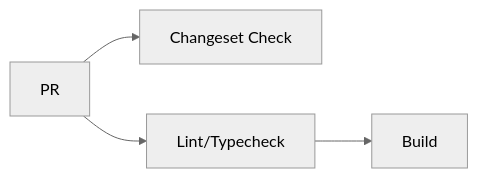
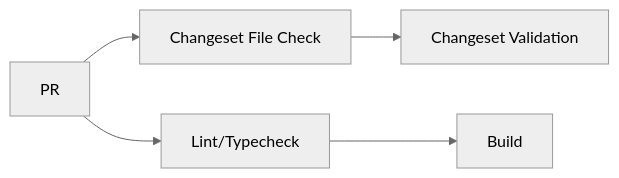
The first of 2 diagrams in packages/docs-design-system/docs-contributing/documentation-site-development/publishing.mdx (graezykev/designgreat), drawn with Mermaid (neutral theme) before and after one commit. The commit also changed other lines of this file and 8 other files, not shown here.

````diff
--- a/packages/docs-design-system/docs-contributing/documentation-site-development/publishing.mdx
+++ b/packages/docs-design-system/docs-contributing/documentation-site-development/publishing.mdx
@@ -26,5 +26,5 @@
 ```mermaid
 flowchart LR
-    PR[PR] --> A[Changeset Check]
-    PR --> B[Lint/Typecheck] --> C[Build]
+    PR[PR] --> A[Changeset File Check] --> B[Changeset Validation]
+    PR --> C[Lint/Typecheck] --> D[Build]
 ```
````
